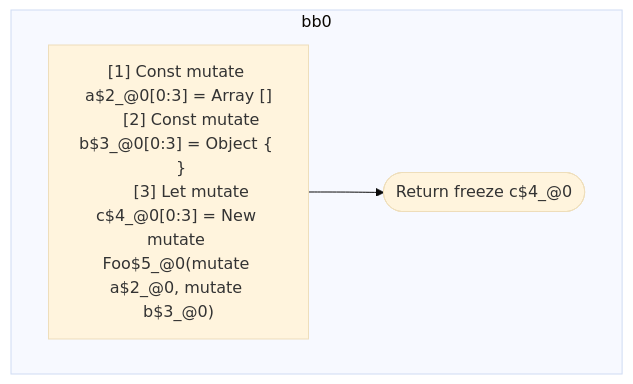
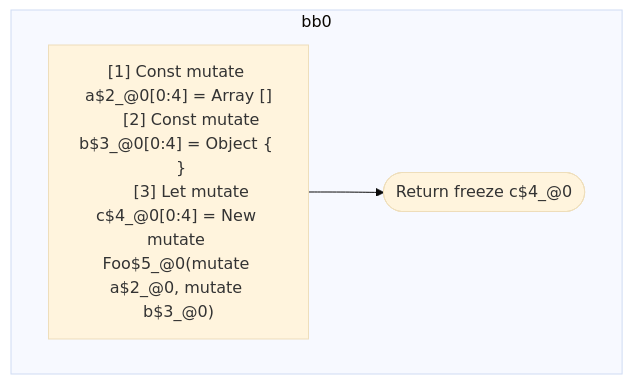
Before and after one commit to wutsmog/private: the second of 2 diagrams in compiler/forget/src/__tests__/fixtures/hir/ssa-newexpression.expect.md, drawn with Mermaid (base theme). The commit also changed other lines of this file and 45 other files, not shown here.

````diff
--- a/compiler/forget/src/__tests__/fixtures/hir/ssa-newexpression.expect.md
+++ b/compiler/forget/src/__tests__/fixtures/hir/ssa-newexpression.expect.md
@@ -56,15 +56,15 @@
 ```mermaid
 flowchart TB
   %% Basic Blocks
   subgraph bb0
     bb0_instrs["
-      [1] Const mutate a$2_@0[0:3] = Array []
-      [2] Const mutate b$3_@0[0:3] = Object {  }
-      [3] Let mutate c$4_@0[0:3] = New mutate Foo$5_@0(mutate a$2_@0, mutate b$3_@0)
+      [1] Const mutate a$2_@0[0:4] = Array []
+      [2] Const mutate b$3_@0[0:4] = Object {  }
+      [3] Let mutate c$4_@0[0:4] = New mutate Foo$5_@0(mutate a$2_@0, mutate b$3_@0)
     "]
     bb0_instrs --> bb0_terminal(["Return freeze c$4_@0"])
   end
 
   %% Jumps
   %% empty
 ```
````
